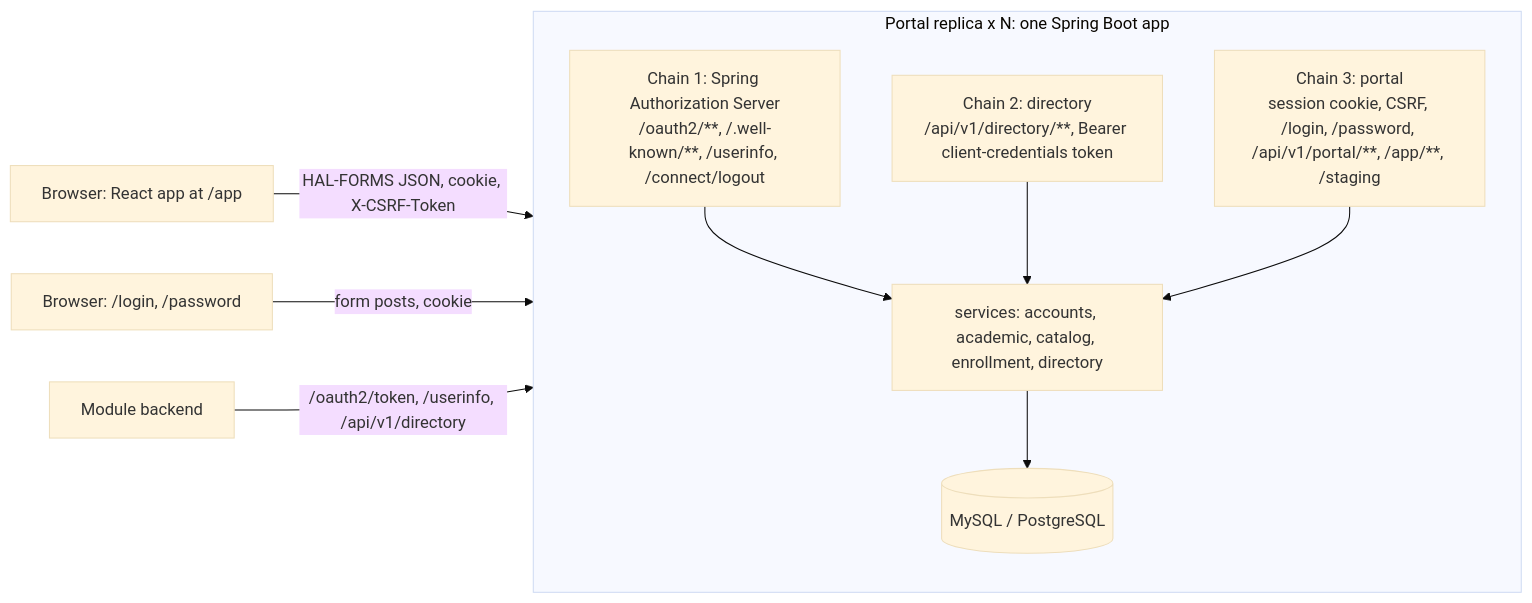
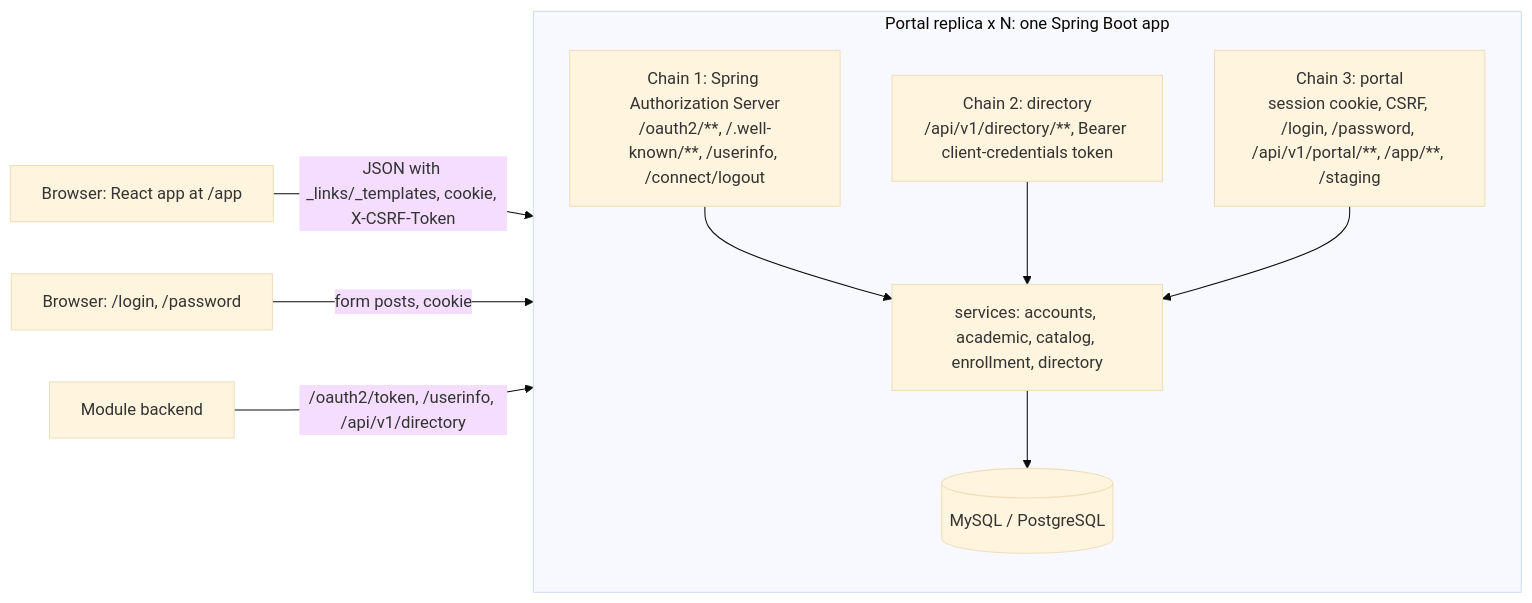
The diagram in openspec/changes/complete-java-portal/design.md (rata5/unicloud-portal), drawn with Mermaid (base theme) before and after one commit. The commit also changed other lines of this file and 11 other files, not shown here.

````diff
--- a/openspec/changes/complete-java-portal/design.md
+++ b/openspec/changes/complete-java-portal/design.md
@@ -31,13 +31,13 @@
 ```mermaid
 flowchart LR
-    B[Browser: React app at /app] -->|HAL-FORMS JSON, cookie, X-CSRF-Token| P
+    B[Browser: React app at /app] -->|JSON with _links/_templates, cookie, X-CSRF-Token| P
     L[Browser: /login, /password] -->|form posts, cookie| P
     M[Module backend] -->|/oauth2/token, /userinfo, /api/v1/directory| P
     subgraph P[Portal replica x N: one Spring Boot app]
       C1["Chain 1: Spring Authorization Server<br/>/oauth2/**, /.well-known/**, /userinfo, /connect/logout"]
       C2["Chain 2: directory<br/>/api/v1/directory/**, Bearer client-credentials token"]
       C3["Chain 3: portal<br/>session cookie, CSRF, /login, /password, /api/v1/portal/**, /app/**, /staging"]
       C1 & C2 & C3 --> S[services: accounts, academic, catalog, enrollment, directory]
       S --> DB[(MySQL / PostgreSQL)]
     end
 ```
````
